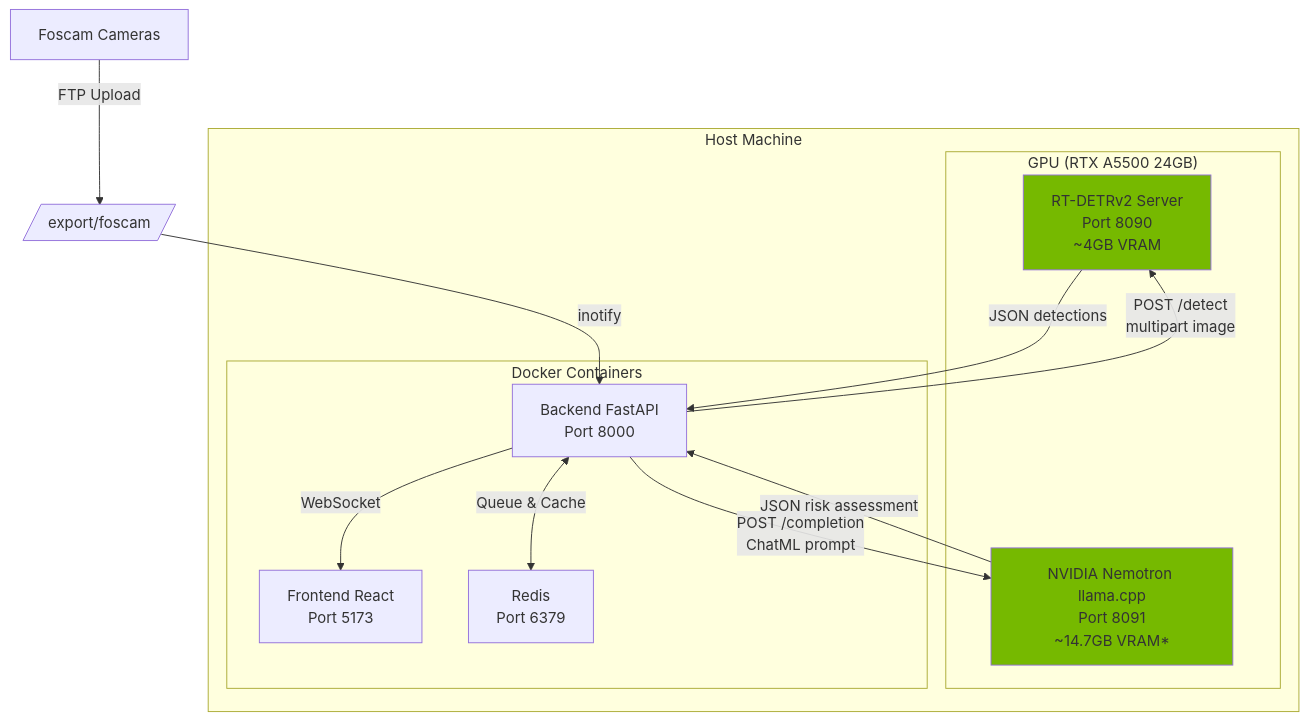
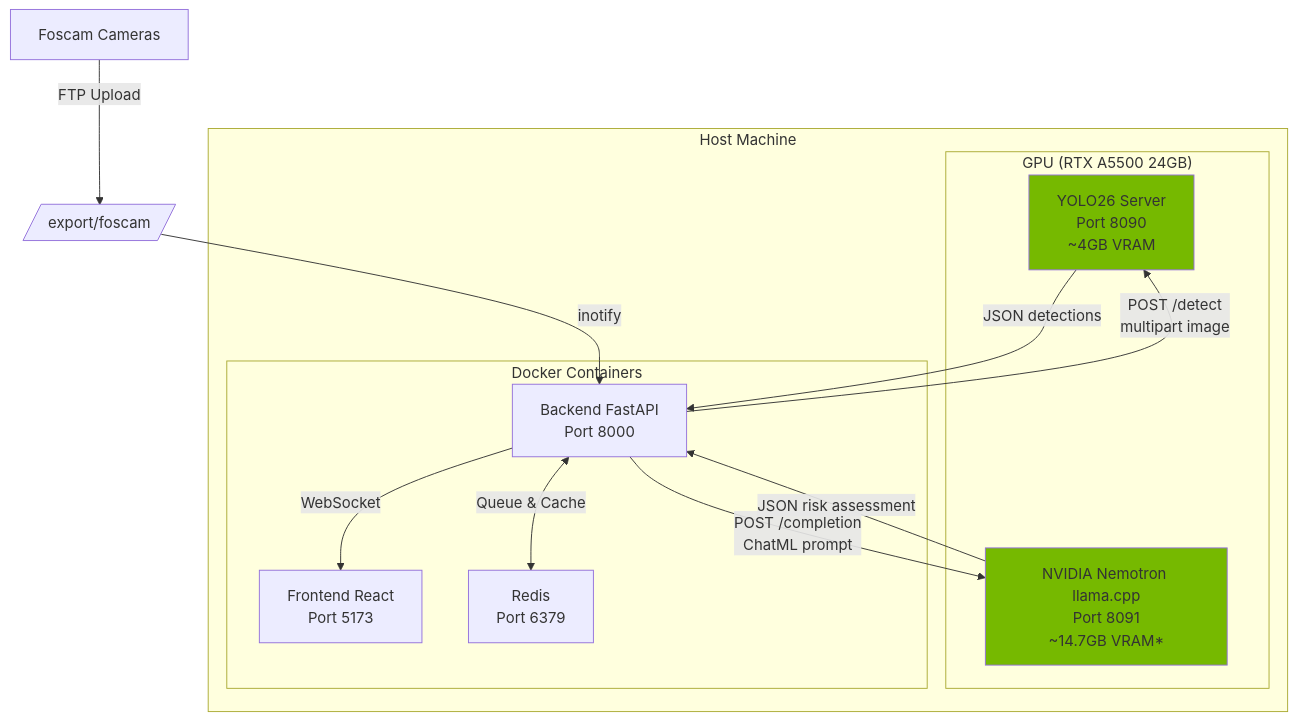
One commit to mikesvoboda/nemotron-v3-home-security-intelligence changed the sixth of 6 diagrams in docs/architecture/ai-pipeline.md. Above: the diagram before and after it, drawn with Mermaid. The commit also changed other lines of this file and 474 other files, not shown here.

````diff
--- a/docs/architecture/ai-pipeline.md
+++ b/docs/architecture/ai-pipeline.md
@@ -913,30 +913,30 @@
 ```mermaid
 flowchart TB
     subgraph "Host Machine"
         subgraph "GPU (RTX A5500 24GB)"
-            RT[RT-DETRv2 Server<br/>Port 8090<br/>~4GB VRAM]
+            RT[YOLO26 Server<br/>Port 8090<br/>~4GB VRAM]
             NEM[NVIDIA Nemotron llama.cpp<br/>Port 8091<br/>~14.7GB VRAM*]
         end
 
         subgraph "Docker Containers"
             BE[Backend FastAPI<br/>Port 8000]
             FE[Frontend React<br/>Port 5173]
             RD[Redis<br/>Port 6379]
         end
     end
 
     CAM[Foscam Cameras] -->|FTP Upload| FTP[/export/foscam/]
     FTP -->|inotify| BE
 
     BE -->|POST /detect<br/>multipart image| RT
     RT -->|JSON detections| BE
 
     BE -->|POST /completion<br/>ChatML prompt| NEM
     NEM -->|JSON risk assessment| BE
 
     BE <-->|Queue & Cache| RD
     BE -->|WebSocket| FE
 
     style RT fill:#76B900
     style NEM fill:#76B900
 ```
````
